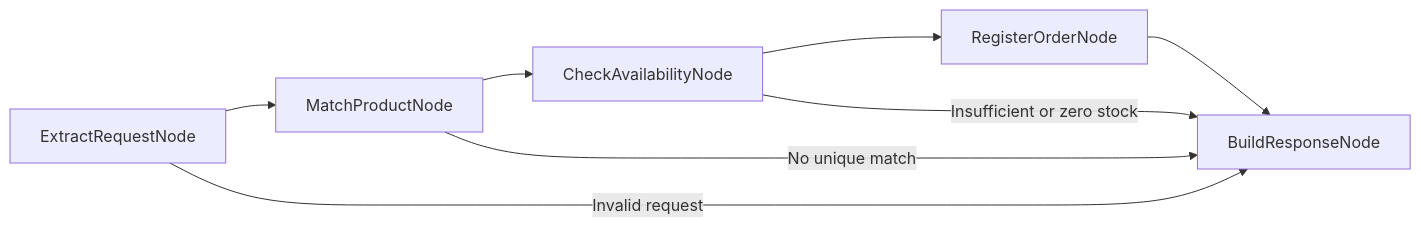
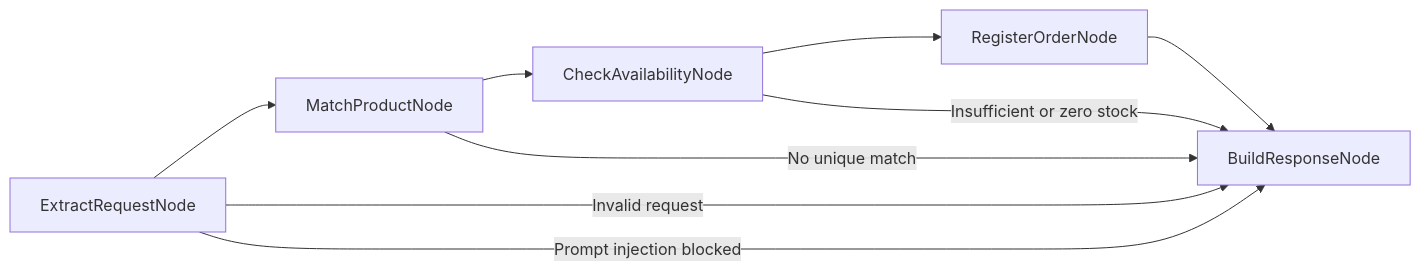
One commit to luigisaetta/nemo-relay-on-oci changed the diagram in demos/order_fulfillment/README.md. Above: the diagram before and after it, drawn with Mermaid. The commit also changed other lines of this file and 17 other files, not shown here.

Commit message:
feat: add layered prompt injection guardrail

````diff
--- a/demos/order_fulfillment/README.md
+++ b/demos/order_fulfillment/README.md
@@ -9,10 +9,11 @@
 ```mermaid
 flowchart LR
     A[ExtractRequestNode] --> B[MatchProductNode]
     B --> C[CheckAvailabilityNode]
     C --> D[RegisterOrderNode]
     D --> E[BuildResponseNode]
     A -->|Invalid request| E
+    A -->|Prompt injection blocked| E
     B -->|No unique match| E
     C -->|Insufficient or zero stock| E
 ```
````
